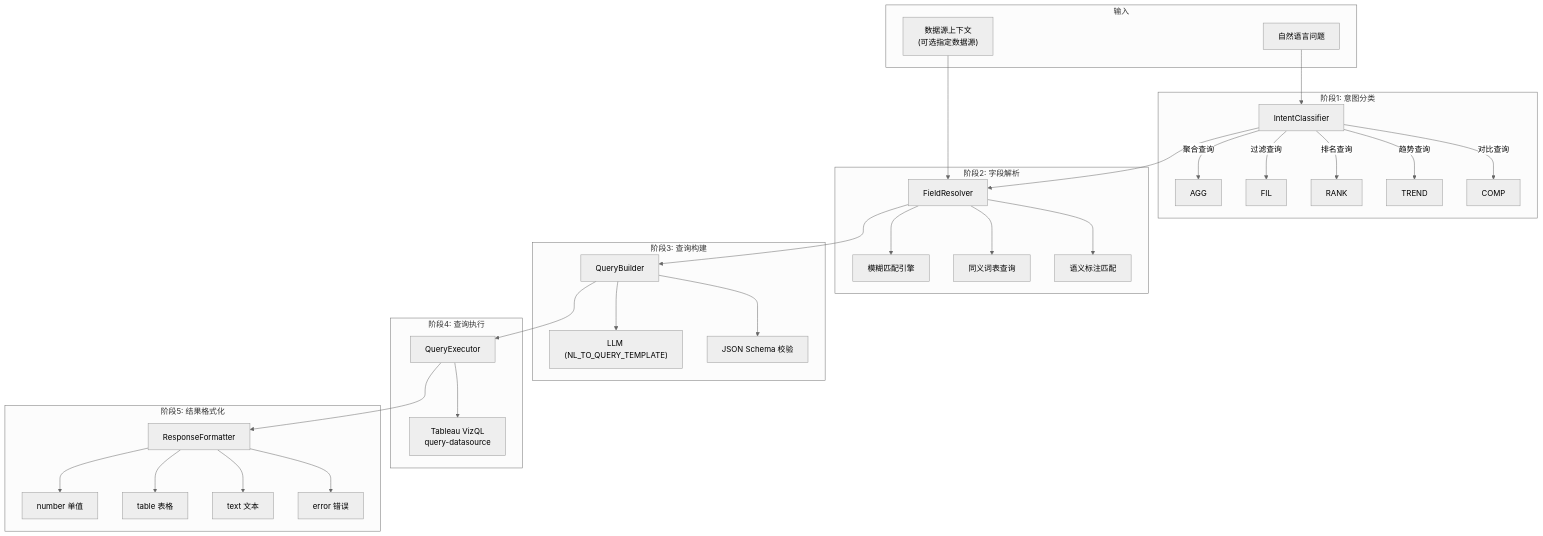
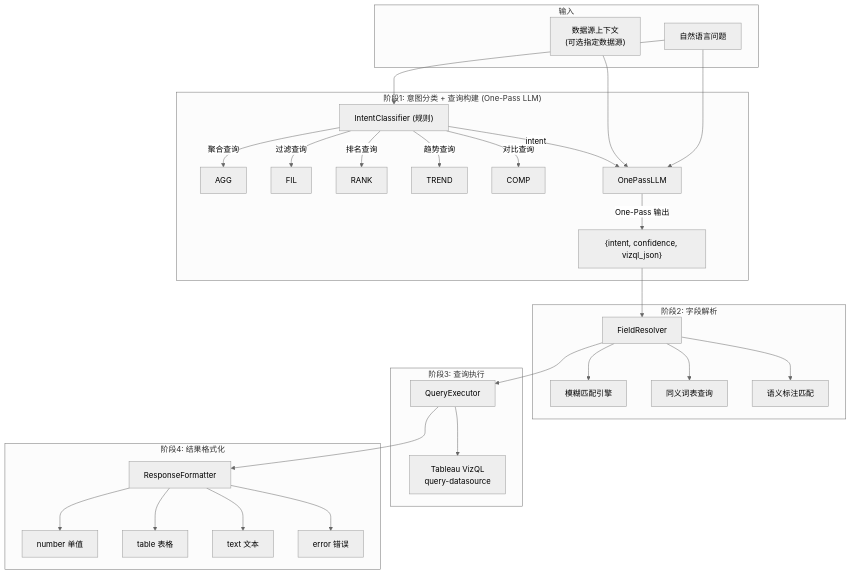
The second of 4 diagrams in docs/specs/14-nl-to-query-pipeline-spec.md (Forrest219/mulan-bi-platform), drawn with Mermaid (neutral theme) before and after one commit. The commit also changed other lines of this file and 14 other files, not shown here.

First line of the commit message:
feat: 实现知识库模块 + 优化 NL-to-Query 流水线(One-Pass LLM)

````diff
--- a/docs/specs/14-nl-to-query-pipeline-spec.md
+++ b/docs/specs/14-nl-to-query-pipeline-spec.md
@@ -93,49 +96,46 @@
 ```mermaid
 flowchart TB
     subgraph 输入
         NL["自然语言问题"]
         CTX["数据源上下文<br/>(可选指定数据源)"]
     end
 
-    subgraph "阶段1: 意图分类"
-        IC["IntentClassifier"]
+    subgraph "阶段1: 意图分类 + 查询构建 (One-Pass LLM)"
+        IC["IntentClassifier (规则)"]
         IC -->|聚合查询| AGG
         IC -->|过滤查询| FIL
         IC -->|排名查询| RANK
         IC -->|趋势查询| TREND
         IC -->|对比查询| COMP
+        OP["OnePassLLM"]
+        OP -->|One-Pass 输出| OP_OUT["{intent, confidence, vizql_json}"]
     end
 
     subgraph "阶段2: 字段解析"
         FR["FieldResolver"]
         FR --> FM["模糊匹配引擎"]
         FR --> SYN["同义词表查询"]
         FR --> SEM["语义标注匹配"]
     end
 
-    subgraph "阶段3: 查询构建"
-        QB["QueryBuilder"]
-        QB --> LLM["LLM (NL_TO_QUERY_TEMPLATE)"]
-        QB --> VAL["JSON Schema 校验"]
-    end
-
-    subgraph "阶段4: 查询执行"
+    subgraph "阶段3: 查询执行"
         QE["QueryExecutor"]
         QE --> VIZQL["Tableau VizQL<br/>query-datasource"]
     end
 
-    subgraph "阶段5: 结果格式化"
+    subgraph "阶段4: 结果格式化"
         RF["ResponseFormatter"]
         RF --> NUM["number 单值"]
         RF --> TAB["table 表格"]
         RF --> TXT["text 文本"]
         RF --> ERR["error 错误"]
     end
 
     NL --> IC
-    CTX --> FR
-    IC --> FR
-    FR --> QB
-    QB --> QE
+    NL --> OP
+    CTX --> OP
+    IC -->|intent| OP
+    OP_OUT --> FR
+    FR --> QE
     QE --> RF
 ```
````
